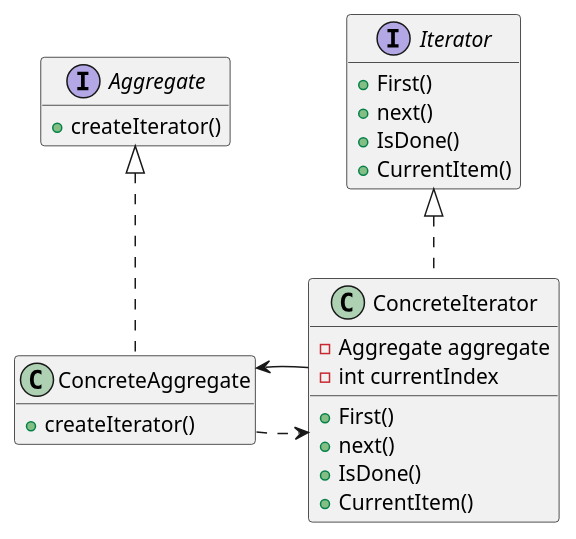
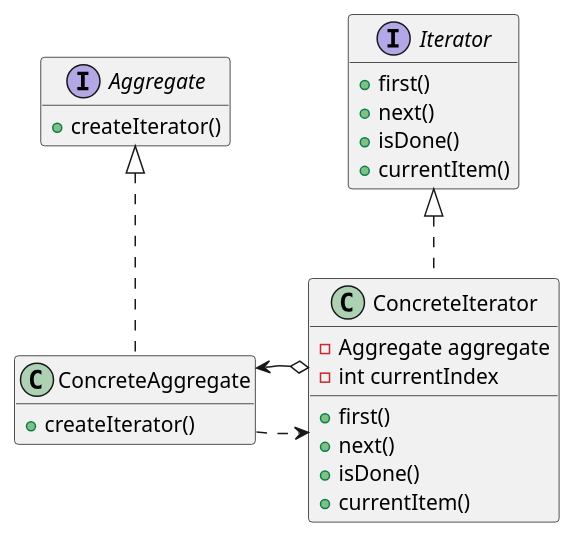
Before and after one commit to 20231-ifba-saj-ads-ppr/blog-material-aula: diagram 13 of 13 in posts/framework/GabrielCoffee9.md, drawn with PlantUML. The commit also changed other lines of this file, not shown here.

````diff
--- a/posts/framework/GabrielCoffee9.md
+++ b/posts/framework/GabrielCoffee9.md
@@ -457,34 +1294,34 @@
 ```plantuml
 @startuml
 interface Iterator {
-    + First()
+    + first()
     + next()
-    + IsDone()
-    + CurrentItem()
+    + isDone()
+    + currentItem()
 }
 
 interface Aggregate {
     + createIterator()
 }
 
 class ConcreteIterator implements Iterator{
     - Aggregate aggregate 
     - int currentIndex
-    + First()
+    + first()
     + next()
-    + IsDone()
-    + CurrentItem()
+    + isDone()
+    + currentItem()
 }
 
 class ConcreteAggregate implements Aggregate{
     + createIterator()
 }
 
 ConcreteAggregate ..> ConcreteIterator
-ConcreteIterator -> ConcreteAggregate
+ConcreteIterator o-> ConcreteAggregate
 
 hide empty attributes
 hide empty methods 
 @enduml
 
 ```
````
